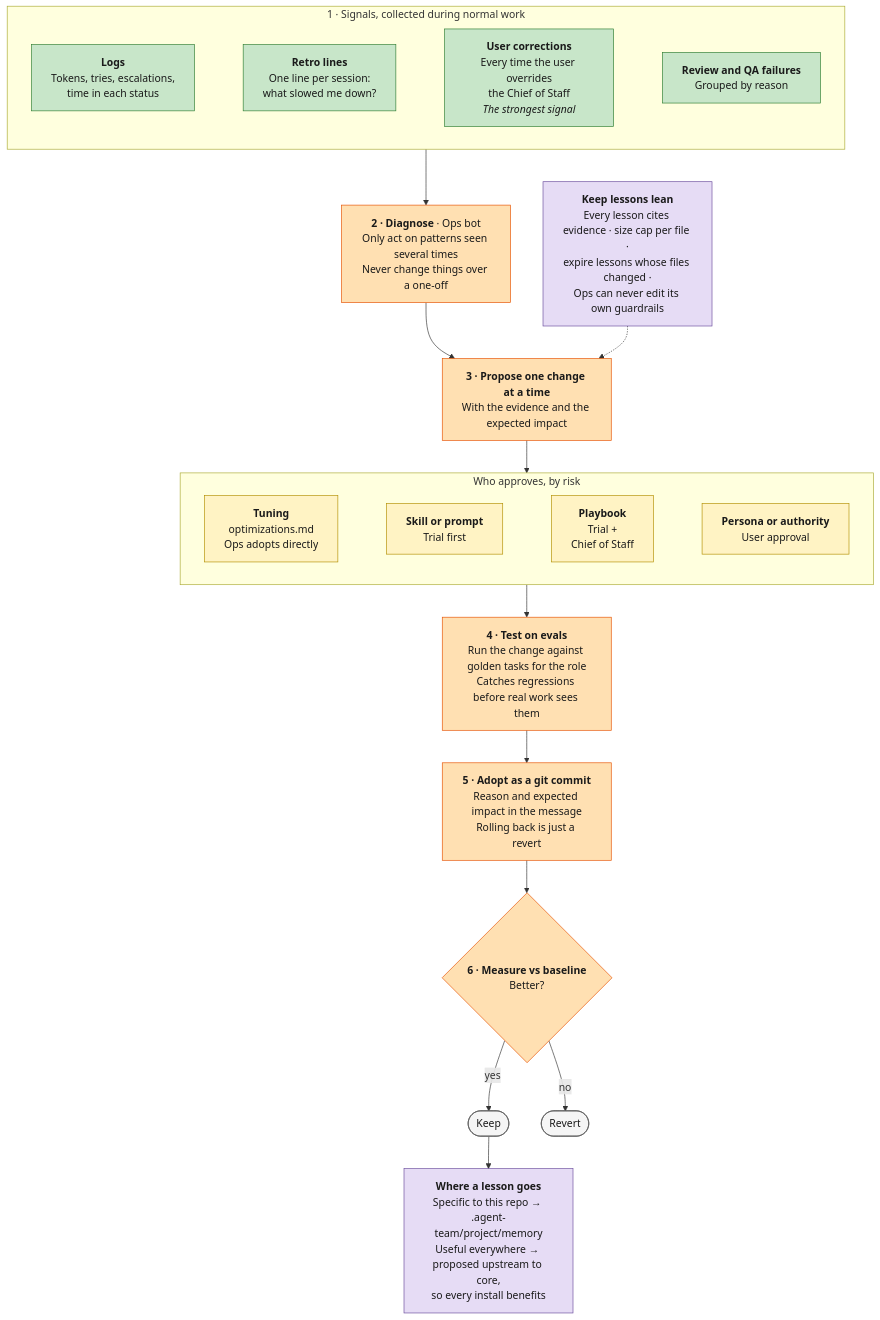
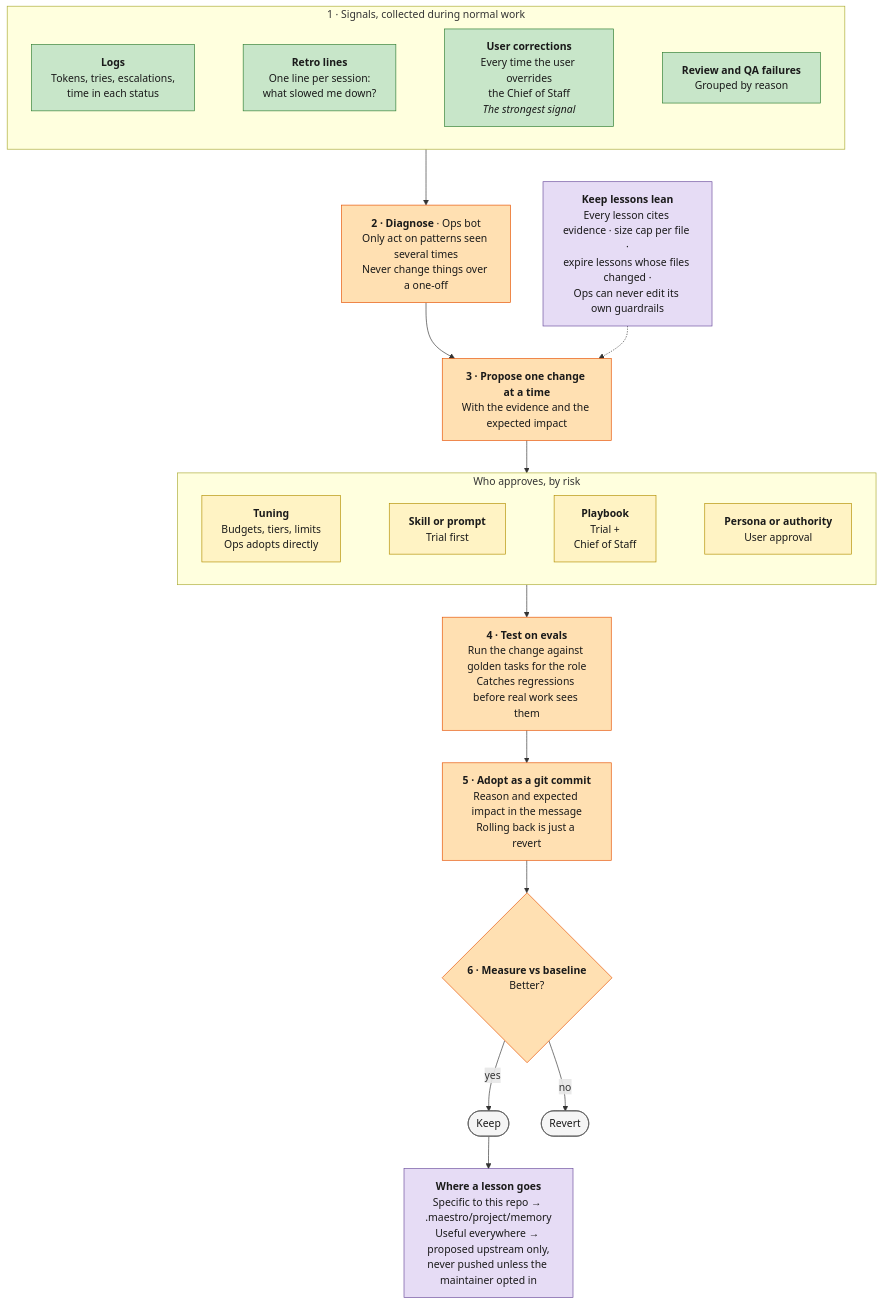
Before and after one commit to ProlesDei/maestro: the diagram in docs/design/self-improvement.mermaid, drawn with Mermaid. The commit also changed 229 other files, not shown here.

Commit message:
Wave 2: harden maestro-ticket (leases, reaper, outbox, events --wait, deps/areas, keepalive, backup/export), wake-loop design 0600, playbook redesign 0700 (reviewed GO at a6de865)

```diff
--- a/docs/design/self-improvement.mermaid
+++ b/docs/design/self-improvement.mermaid
@@ -1,44 +1,44 @@
 flowchart TD
     subgraph Signals ["1 · Signals, collected during normal work"]
         direction LR
         G1["<b>Logs</b><br/>Tokens, tries, escalations,<br/>time in each status"] ~~~ G2["<b>Retro lines</b><br/>One line per session:<br/>what slowed me down?"] ~~~ G3["<b>User corrections</b><br/>Every time the user overrides<br/>the Chief of Staff<br/><i>The strongest signal</i>"] ~~~ G4["<b>Review and QA failures</b><br/>Grouped by reason"]
     end
 
     Diagnose["<b>2 · Diagnose</b> · Ops bot<br/>Only act on patterns seen several times<br/>Never change things over a one-off"]
 
     Propose["<b>3 · Propose one change at a time</b><br/>With the evidence and the expected impact"]
 
     subgraph Tiers ["Who approves, by risk"]
         direction LR
-        T1["<b>Tuning</b><br/>optimizations.md<br/>Ops adopts directly"] ~~~ T2["<b>Skill or prompt</b><br/>Trial first"] ~~~ T3["<b>Playbook</b><br/>Trial +<br/>Chief of Staff"] ~~~ T4["<b>Persona or authority</b><br/>User approval"]
+        T1["<b>Tuning</b><br/>Budgets, tiers, limits<br/>Ops adopts directly"] ~~~ T2["<b>Skill or prompt</b><br/>Trial first"] ~~~ T3["<b>Playbook</b><br/>Trial +<br/>Chief of Staff"] ~~~ T4["<b>Persona or authority</b><br/>User approval"]
     end
 
     Evals["<b>4 · Test on evals</b><br/>Run the change against golden tasks for the role<br/>Catches regressions before real work sees them"]
 
     Adopt["<b>5 · Adopt as a git commit</b><br/>Reason and expected impact in the message<br/>Rolling back is just a revert"]
 
     Measure{"<b>6 · Measure vs baseline</b><br/>Better?"}
     Keep(["Keep"])
     Revert(["Revert"])
 
-    Route["<b>Where a lesson goes</b><br/>Specific to this repo → .agent-team/project/memory<br/>Useful everywhere → proposed upstream to core,<br/>so every install benefits"]
+    Route["<b>Where a lesson goes</b><br/>Specific to this repo → .maestro/project/memory<br/>Useful everywhere → proposed upstream only,<br/>never pushed unless the maintainer opted in"]
 
     Hygiene["<b>Keep lessons lean</b><br/>Every lesson cites evidence · size cap per file ·<br/>expire lessons whose files changed ·<br/>Ops can never edit its own guardrails"]
 
     Signals --> Diagnose --> Propose --> Tiers --> Evals --> Adopt --> Measure
     Measure -->|"yes"| Keep
     Measure -->|"no"| Revert
     Keep --> Route
     Hygiene -.-> Propose
 
     classDef sig fill:#c8e6c9,stroke:#2e7d32,color:#1a1a1a
     classDef step fill:#ffe0b2,stroke:#e65100,color:#1a1a1a
     classDef tier fill:#fff3c4,stroke:#b38f00,color:#1a1a1a
     classDef end1 fill:#f5f5f5,stroke:#555,color:#1a1a1a
     classDef note fill:#e6dcf5,stroke:#6a4c9c,color:#1a1a1a
 
     class G1,G2,G3,G4 sig
     class Diagnose,Propose,Evals,Adopt,Measure step
     class T1,T2,T3,T4 tier
     class Keep,Revert end1
     class Route,Hygiene note
```
